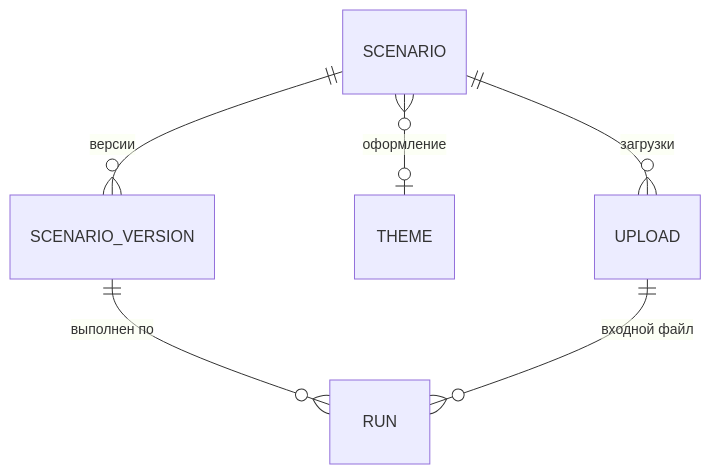
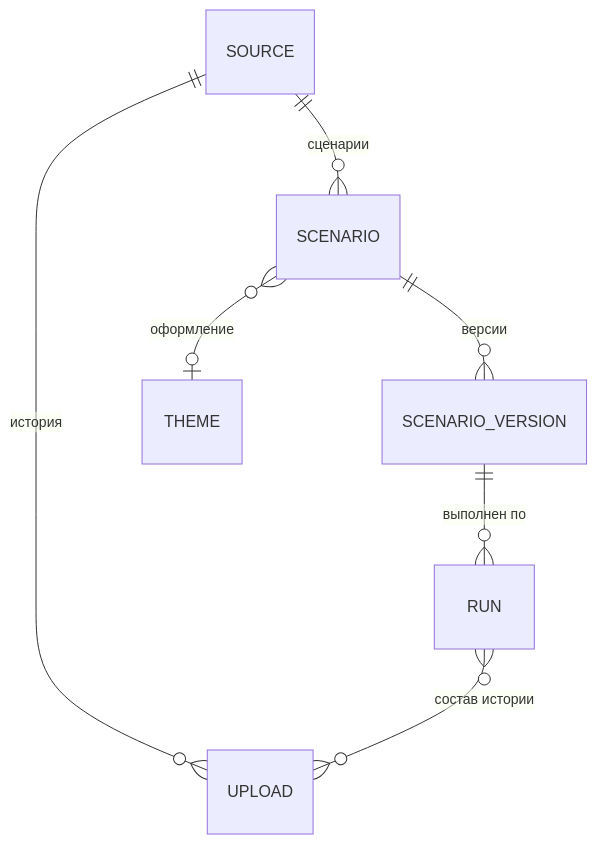
One commit to PrimalSt/Auto_clode changed the third of 3 diagrams in ARCHITECTURE.md. Above: the diagram before and after it, drawn with Mermaid. The commit also changed other lines of this file and 1 other file, not shown here.

First line of the commit message:
Add code-level extensibility and upload history to the design docs

````diff
--- a/ARCHITECTURE.md
+++ b/ARCHITECTURE.md
@@ -268,8 +404,9 @@
 ```mermaid
 erDiagram
+  SOURCE ||--o{ UPLOAD : "история"
+  SOURCE ||--o{ SCENARIO : "сценарии"
   SCENARIO ||--o{ SCENARIO_VERSION : "версии"
   SCENARIO }o--o| THEME : "оформление"
-  SCENARIO ||--o{ UPLOAD : "загрузки"
   SCENARIO_VERSION ||--o{ RUN : "выполнен по"
-  UPLOAD ||--o{ RUN : "входной файл"
+  RUN }o--o{ UPLOAD : "состав истории"
 ```
````
